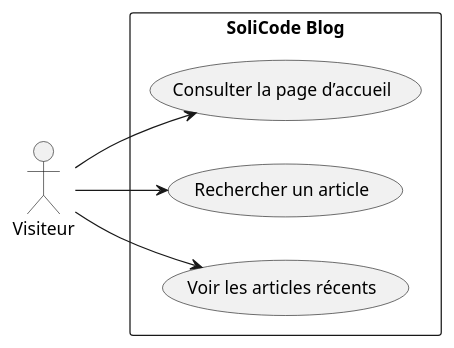
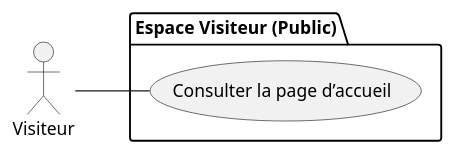
The diagram in fonctional UC/Diagram-UseCase.puml (abdelhaymallouli/Blog-Solicode), drawn with PlantUML before and after one commit.

Commit message:
feat: Update use case diagram for visitor interactions in SoliCode Blog

```diff
--- a/fonctional UC/Diagram-UseCase.puml
+++ b/fonctional UC/Diagram-UseCase.puml
@@ -1,12 +1,12 @@
 @startuml
 left to right direction
+actor "Visiteur" as Guest
 
-actor Visiteur
-
-rectangle "SoliCode Blog" {
-  Visiteur --> (Consulter la page d’accueil)
-  Visiteur --> (Rechercher un article)
-  Visiteur --> (Voir les articles récents)
+package "Espace Visiteur (Public)" { 
+  usecase "Consulter la page d’accueil" as UC_ACC
 }
 
+' Relations
+Guest -- UC_ACC
+
 @enduml
```
